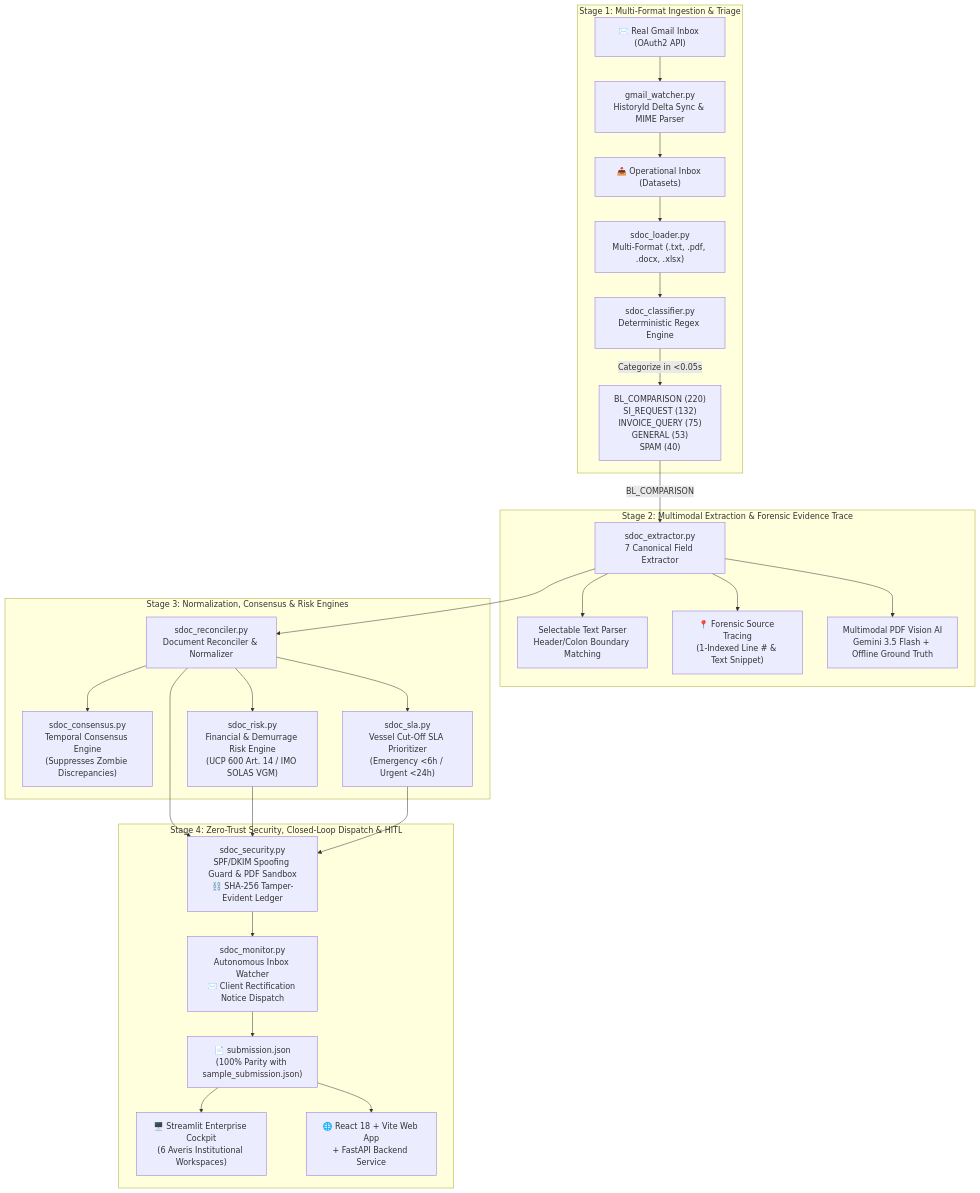
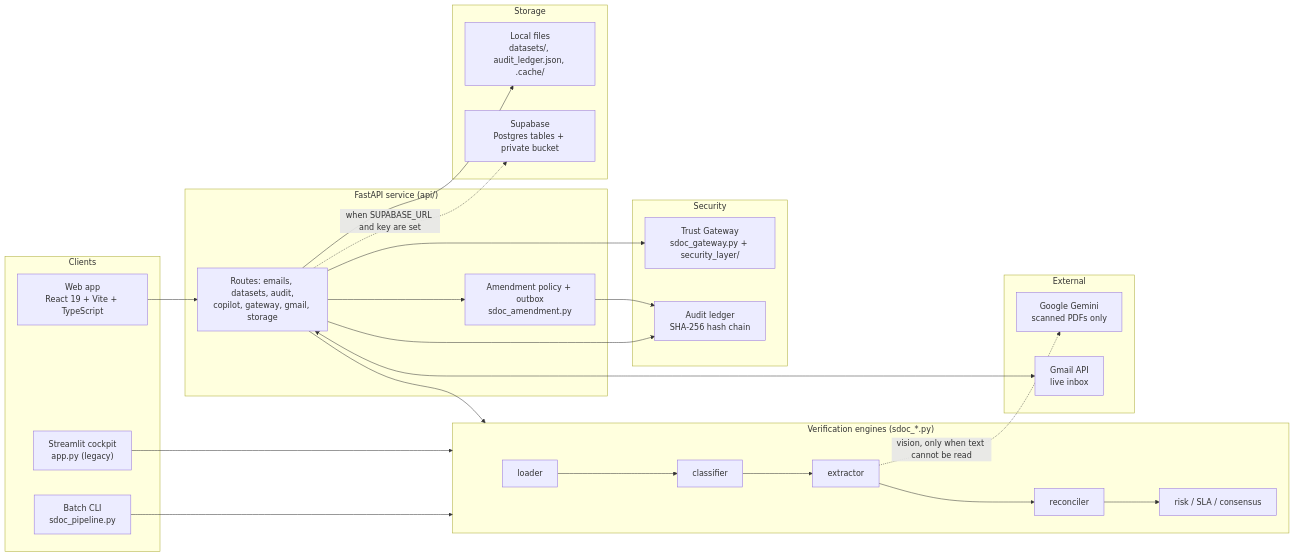
The first of 3 diagrams in README.md (Replay0106/averishackathon), drawn with Mermaid before and after one commit. The commit also changed other lines of this file, not shown here.

First line of the commit message:
docs: rewrite README with features, architecture and run instructions

````diff
--- a/README.md
+++ b/README.md
@@ -47,32 +66,48 @@
 ```mermaid
-flowchart TD
-    subgraph Ingestion ["Stage 1: Multi-Format Ingestion & Triage"]
-        GMAIL["✉️ Real Gmail Inbox (OAuth2 API)"] --> WATCHER["gmail_watcher.py<br/>HistoryId Delta Sync & MIME Parser"]
-        WATCHER --> INBOX["📥 Operational Inbox (Datasets)"]
-        INBOX --> LOADER["sdoc_loader.py<br/>Multi-Format (.txt, .pdf, .docx, .xlsx)"]
-        LOADER --> CLASS["sdoc_classifier.py<br/>Deterministic Regex Engine"]
-        CLASS --> |Categorize in <0.05s| CATS["BL_COMPARISON (220)<br/>SI_REQUEST (132)<br/>INVOICE_QUERY (75)<br/>GENERAL (53)<br/>SPAM (40)"]
+flowchart LR
+    subgraph Clients
+        WEB["Web app<br/>React 19 + Vite + TypeScript"]
+        ST["Streamlit cockpit<br/>app.py (legacy)"]
+        CLI["Batch CLI<br/>sdoc_pipeline.py"]
     end
 
-    subgraph Extraction ["Stage 2: Multimodal Extraction & Forensic Evidence Trace"]
-        CATS --> |BL_COMPARISON| EXTRACT["sdoc_extractor.py<br/>7 Canonical Field Extractor"]
-        EXTRACT --> SELECTABLE["Selectable Text Parser<br/>Header/Colon Boundary Matching"]
-        EXTRACT --> FORENSIC["📍 Forensic Source Tracing<br/>(1-Indexed Line # & Text Snippet)"]
-        EXTRACT --> VISION["Multimodal PDF Vision AI<br/>Gemini 3.5 Flash + Offline Ground Truth"]
+    subgraph API["FastAPI service (api/)"]
+        ROUTES["Routes: emails, datasets, audit,<br/>copilot, gateway, gmail, storage"]
+        AMEND["Amendment policy + outbox<br/>sdoc_amendment.py"]
     end
 
-    subgraph Intelligence ["Stage 3: Normalization, Consensus & Risk Engines"]
-        EXTRACT --> RECON["sdoc_reconciler.py<br/>Document Reconciler & Normalizer"]
-        RECON --> CONSENSUS["sdoc_consensus.py<br/>Temporal Consensus Engine<br/>(Suppresses Zombie Discrepancies)"]
-        RECON --> RISK["sdoc_risk.py<br/>Financial & Demurrage Risk Engine<br/>(UCP 600 Art. 14 / IMO SOLAS VGM)"]
-        RECON --> SLA["sdoc_sla.py<br/>Vessel Cut-Off SLA Prioritizer<br/>(Emergency <6h / Urgent <24h)"]
+    subgraph Engines["Verification engines (sdoc_*.py)"]
+        LOAD["loader"] --> CLS["classifier"]
+        CLS --> EXT["extractor"]
+        EXT --> REC["reconciler"]
+        REC --> RISK["risk / SLA / consensus"]
     end
 
-    subgraph SecurityOutput ["Stage 4: Zero-Trust Security, Closed-Loop Dispatch & HITL"]
-        RECON & RISK & SLA --> SEC["sdoc_security.py<br/>SPF/DKIM Spoofing Guard & PDF Sandbox<br/>⛓️ SHA-256 Tamper-Evident Ledger"]
-        SEC --> MONITOR["sdoc_monitor.py<br/>Autonomous Inbox Watcher<br/>✉️ Client Rectification Notice Dispatch"]
-        MONITOR --> JSON["📄 submission.json<br/>(100% Parity with sample_submission.json)"]
-        JSON --> UI_STREAMLIT["🖥️ Streamlit Enterprise Cockpit<br/>(6 Averis Institutional Workspaces)"]
-        JSON --> UI_WEB["🌐 React 18 + Vite Web App<br/>+ FastAPI Backend Service"]
+    subgraph Security["Security"]
+        GW["Trust Gateway<br/>sdoc_gateway.py + security_layer/"]
+        LEDGER["Audit ledger<br/>SHA-256 hash chain"]
     end
+
+    subgraph External
+        GEM["Google Gemini<br/>scanned PDFs only"]
+        GMAIL["Gmail API<br/>live inbox"]
+    end
+
+    subgraph Storage["Storage"]
+        LOCAL["Local files<br/>datasets/, audit_ledger.json, .cache/"]
+        SUPA["Supabase<br/>Postgres tables + private bucket"]
+    end
+
+    WEB --> ROUTES
+    ST --> Engines
+    CLI --> Engines
+    ROUTES --> Engines
+    ROUTES --> AMEND
+    ROUTES --> GW
+    AMEND --> LEDGER
+    ROUTES --> LEDGER
+    EXT -. "vision, only when text cannot be read" .-> GEM
+    ROUTES <--> GMAIL
+    ROUTES --> LOCAL
+    ROUTES -. "when SUPABASE_URL and key are set" .-> SUPA
 ```
````
